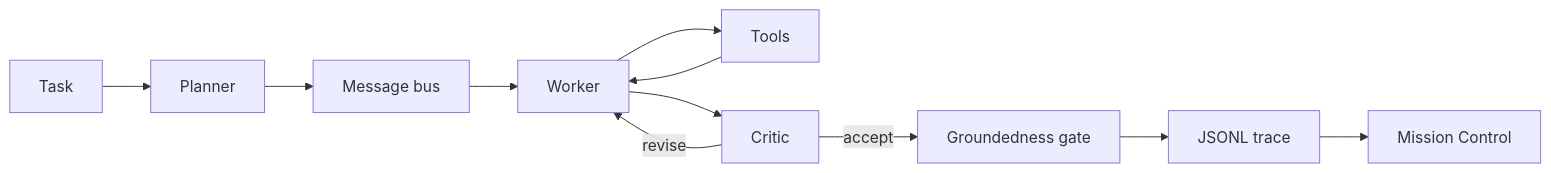
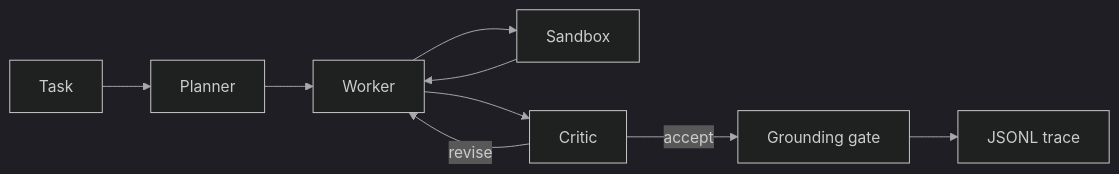
One commit to shmorsi/orbit-multi-agent changed the first of 2 diagrams in README.md. Above: the diagram before and after it, drawn with Mermaid. The commit also changed other lines of this file and 35 other files, not shown here.

````diff
--- a/README.md
+++ b/README.md
@@ -43,13 +67,12 @@
 ```mermaid
+%%{init: {"theme": "dark", "themeVariables": {"background": "#000000", "primaryColor": "#000000", "primaryTextColor": "#f5f5f7", "primaryBorderColor": "#8ec5ff", "lineColor": "#a8a8ad", "fontFamily": "Inter Tight, Helvetica, Arial, sans-serif"}}}%%
 flowchart LR
   task[Task] --> planner[Planner]
-  planner --> bus[Message bus]
-  bus --> worker[Worker]
-  worker --> tools[Tools]
+  planner --> worker[Worker]
+  worker --> tools[Sandbox]
   tools --> worker
   worker --> critic[Critic]
   critic -->|revise| worker
-  critic -->|accept| gate[Groundedness gate]
+  critic -->|accept| gate[Grounding gate]
   gate --> trace[JSONL trace]
-  trace --> viewer[Mission Control]
 ```
````
